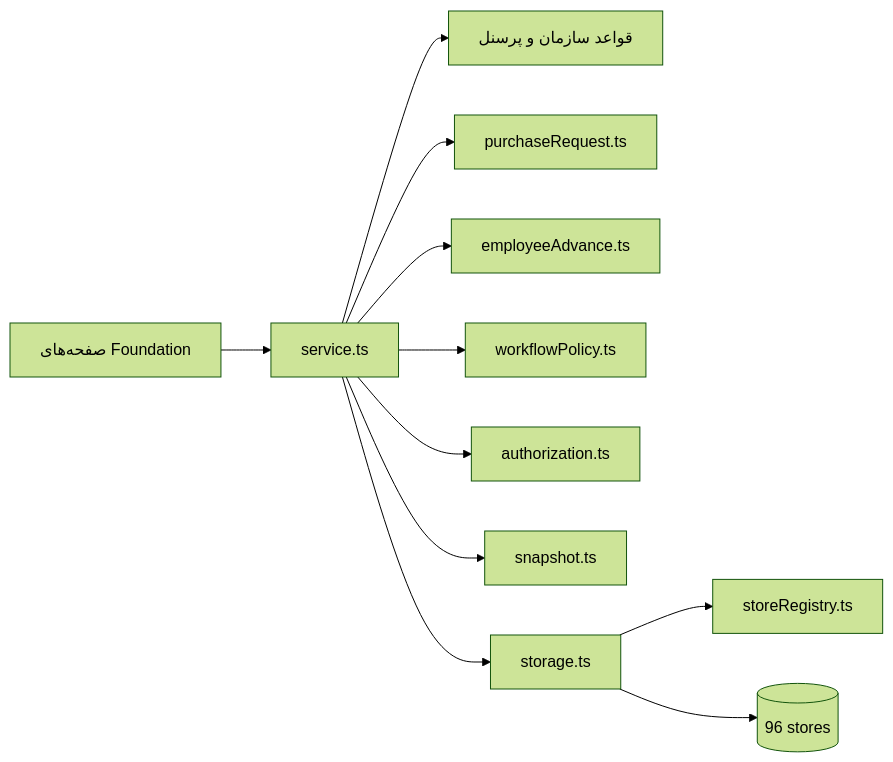
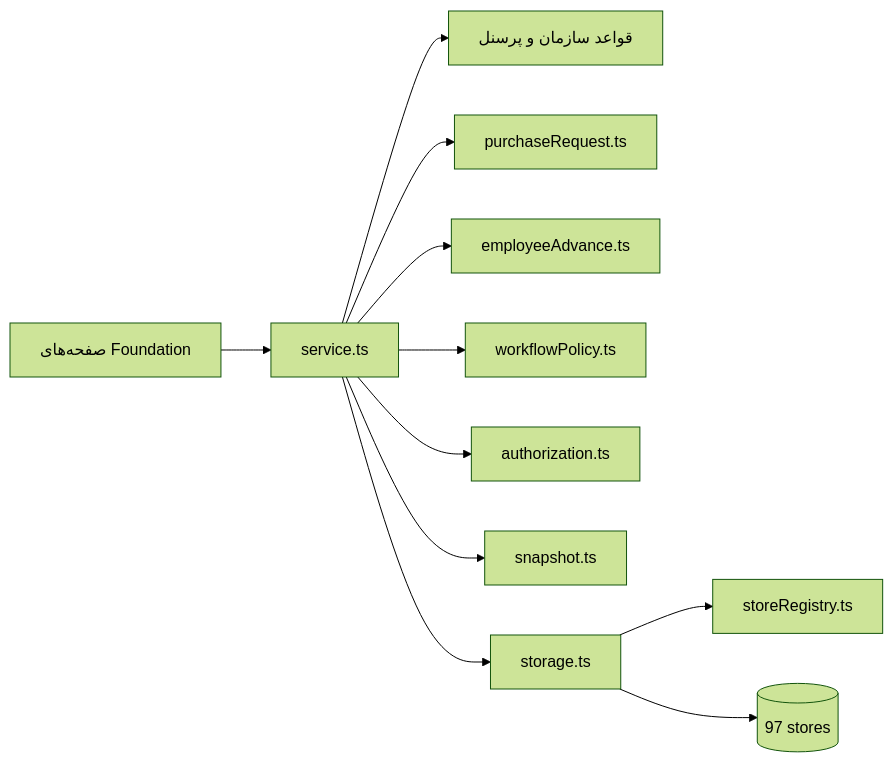
Before and after one commit to rbayat2k-art/tapra3-local-first: the third of 6 diagrams in docs/25-ARCHITECTURE-DIAGRAMS.md, drawn with Mermaid (forest theme). The commit also changed 28 other files, not shown here.

````diff
--- a/docs/25-ARCHITECTURE-DIAGRAMS.md
+++ b/docs/25-ARCHITECTURE-DIAGRAMS.md
@@ -34,13 +34,13 @@
 ```mermaid
 flowchart LR
   PAGES["صفحه‌های Foundation"] --> SVC["service.ts"]
   SVC --> ORG["قواعد سازمان و پرسنل"]
   SVC --> PUR["purchaseRequest.ts"]
   SVC --> ADV["employeeAdvance.ts"]
   SVC --> WP["workflowPolicy.ts"]
   SVC --> AZ["authorization.ts"]
   SVC --> SNAP["snapshot.ts"]
   SVC --> STORE["storage.ts"]
   STORE --> REG["storeRegistry.ts"]
-  STORE --> DB[("96 stores")]
+  STORE --> DB[("97 stores")]
 ```
````
